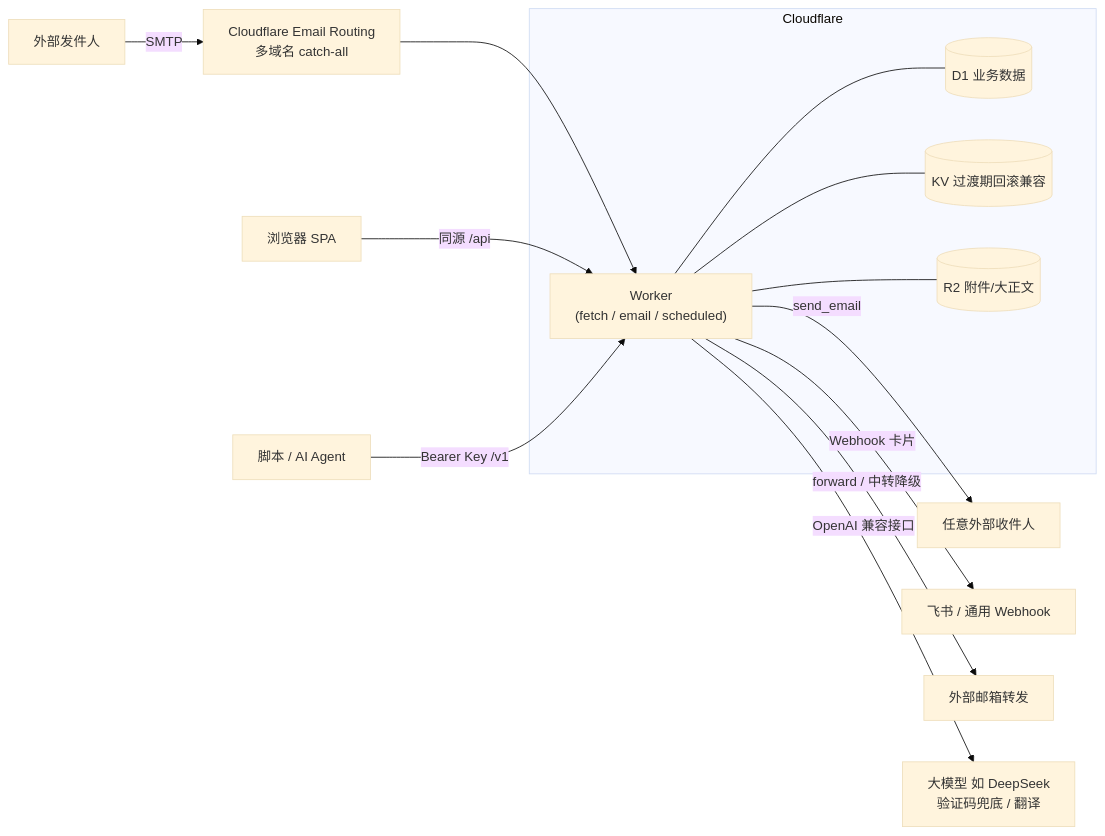
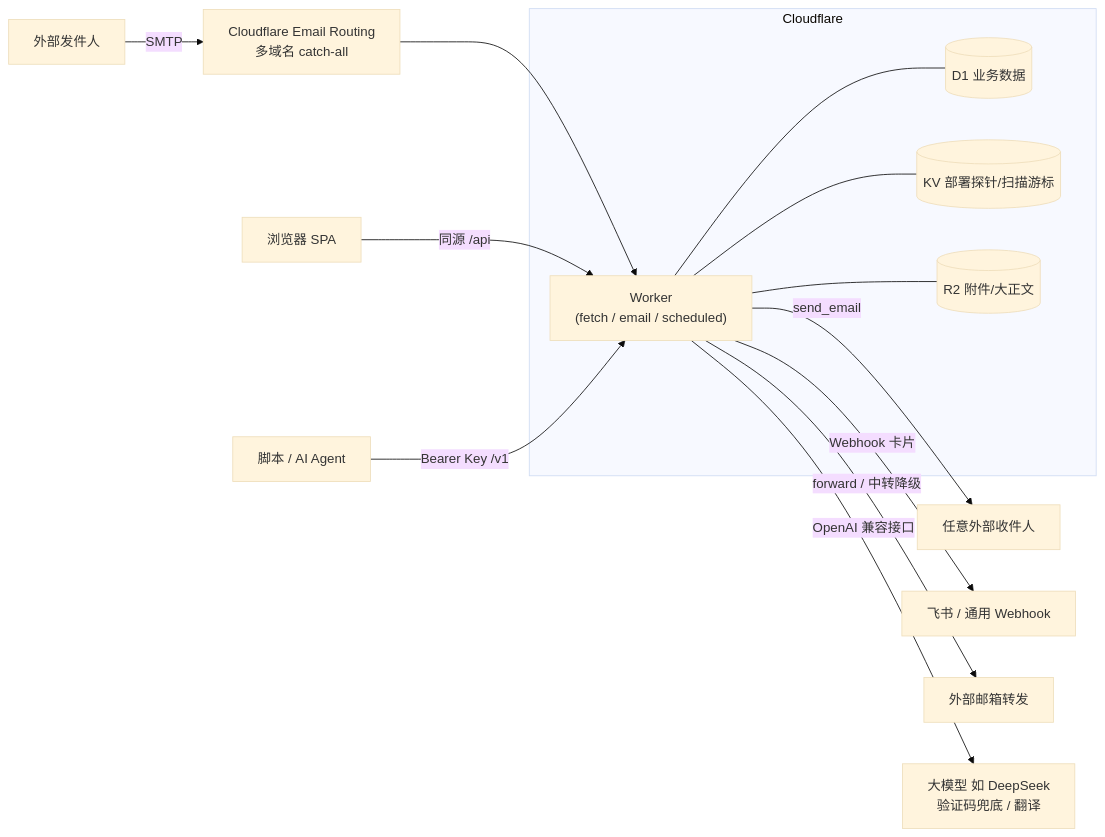
Before and after one commit to riba2534/hpc-mail: the diagram in README.md, drawn with Mermaid (base theme). The commit also changed other lines of this file and 2 other files, not shown here.

````diff
--- a/README.md
+++ b/README.md
@@ -91,22 +91,22 @@
 ```mermaid
 flowchart LR
     S[外部发件人] -->|SMTP| ER[Cloudflare Email Routing<br/>多域名 catch-all]
     ER --> W
 
     subgraph CF [Cloudflare]
         W["Worker<br/>(fetch / email / scheduled)"]
         D1[(D1 业务数据)]
-        KV[(KV 过渡期回滚兼容)]
+        KV[(KV 部署探针/扫描游标)]
         R2[(R2 附件/大正文)]
         W --- D1
         W --- KV
         W --- R2
     end
 
     B[浏览器 SPA] -->|同源 /api| W
     C[脚本 / AI Agent] -->|Bearer Key /v1| W
     W -->|send_email| OUT[任意外部收件人]
     W -->|Webhook 卡片| FS[飞书 / 通用 Webhook]
     W -->|forward / 中转降级| FW[外部邮箱转发]
     W -->|OpenAI 兼容接口| LLM[大模型 如 DeepSeek<br/>验证码兜底 / 翻译]
 ```
````
